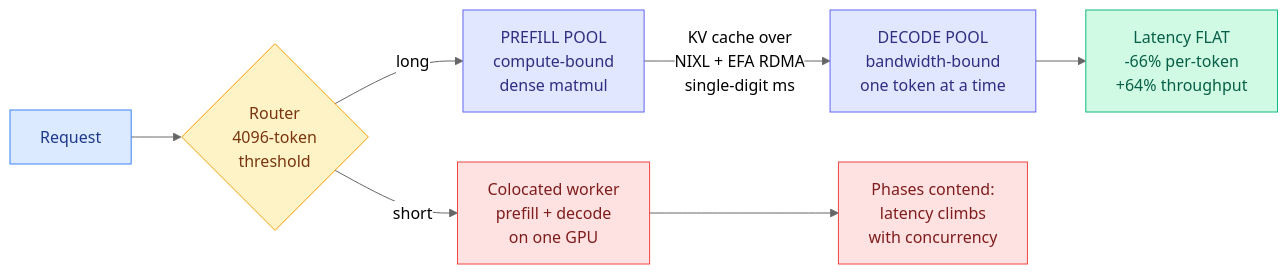
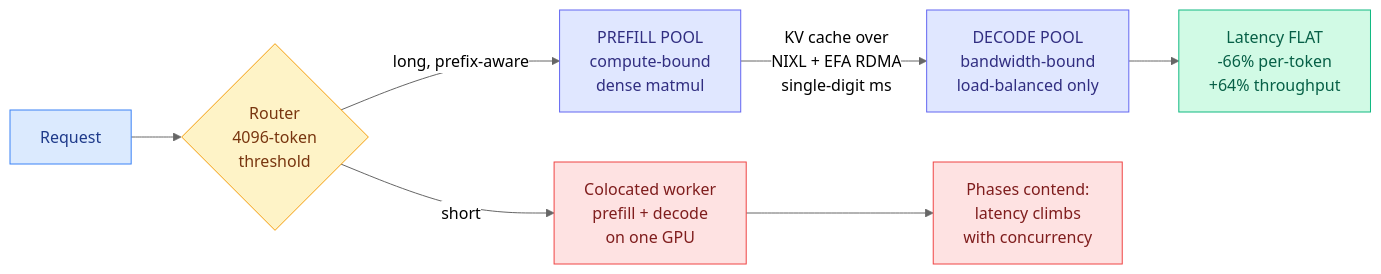
The first of 2 diagrams in wiki/media-zone/2026-09/2026-09-16.md (bayesiansapien/cere-bro), drawn with Mermaid (neutral theme) before and after one commit. The commit also changed other lines of this file, not shown here.

````diff
--- a/wiki/media-zone/2026-09/2026-09-16.md
+++ b/wiki/media-zone/2026-09/2026-09-16.md
@@ -53,19 +52,19 @@
 ```mermaid
 flowchart LR
   REQ[Request] --> RT{Router<br/>4096-token<br/>threshold}
   RT -->|short| CO[Colocated worker<br/>prefill + decode<br/>on one GPU]
-  RT -->|long| PF[PREFILL POOL<br/>compute-bound<br/>dense matmul]
-  PF -->|KV cache over<br/>NIXL + EFA RDMA<br/>single-digit ms| DC[DECODE POOL<br/>bandwidth-bound<br/>one token at a time]
+  RT -->|long, prefix-aware| PF[PREFILL POOL<br/>compute-bound<br/>dense matmul]
+  PF -->|KV cache over<br/>NIXL + EFA RDMA<br/>single-digit ms| DC[DECODE POOL<br/>bandwidth-bound<br/>load-balanced only]
   CO --> CONT[Phases contend:<br/>latency climbs<br/>with concurrency]
   DC --> FLAT[Latency FLAT<br/>-66% per-token<br/>+64% throughput]
   classDef input fill:#dbeafe,stroke:#3b82f6,color:#1e3a8a
   classDef decision fill:#fef3c7,stroke:#f59e0b,color:#78350f
   classDef output fill:#d1fae5,stroke:#10b981,color:#065f46
   classDef warn fill:#fee2e2,stroke:#ef4444,color:#7f1d1d
   classDef aux fill:#e0e7ff,stroke:#6366f1,color:#312e81
   class REQ input
   class RT decision
   class PF,DC aux
   class FLAT output
   class CONT,CO warn
 ```
````
